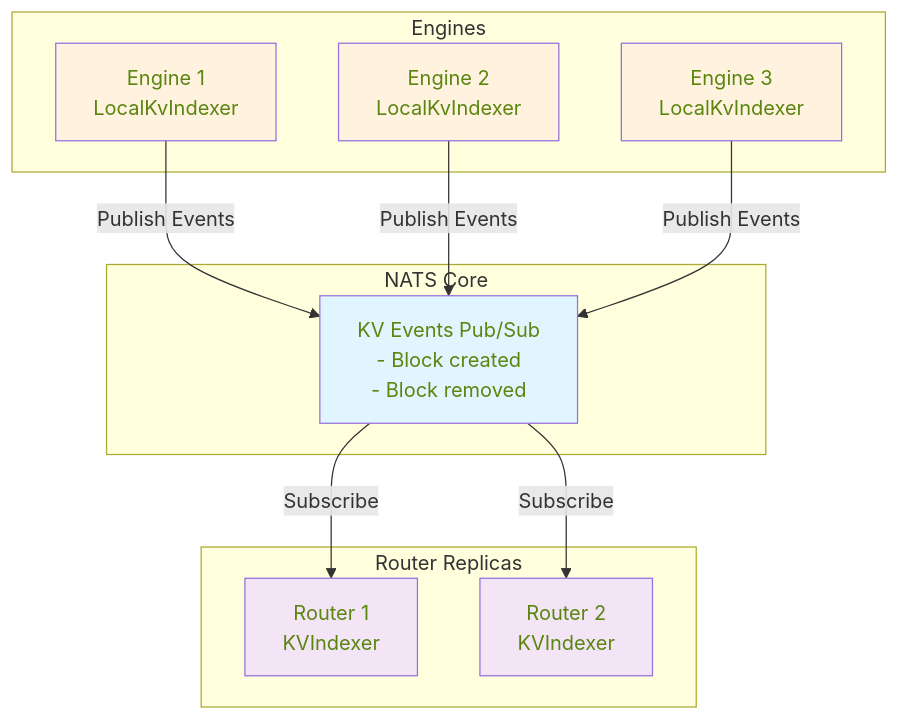
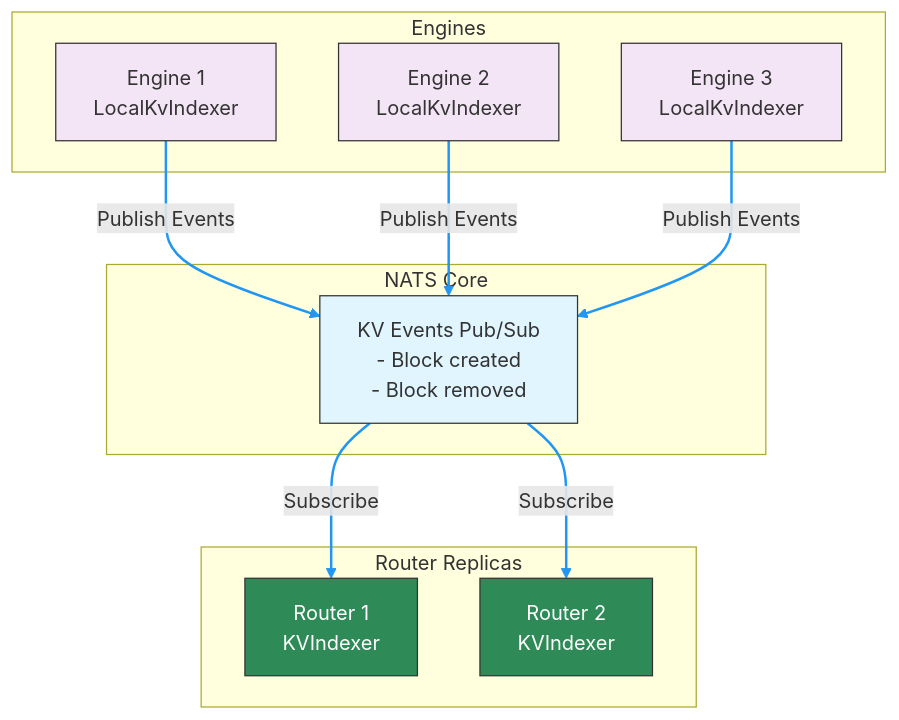
Before and after one commit to wxsms/dynamo: the third of 5 diagrams in docs/router/kv_cache_routing.md, drawn with Mermaid. The commit also changed other lines of this file and 1 other file, not shown here.

Commit message:
docs: router cost function mermaid (#4943)

````diff
--- a/docs/router/kv_cache_routing.md
+++ b/docs/router/kv_cache_routing.md
@@ -173,31 +212,33 @@
 ```mermaid
 graph TD
     subgraph Engines
         E1[Engine 1<br/>LocalKvIndexer]
         E2[Engine 2<br/>LocalKvIndexer]
         E3[Engine 3<br/>LocalKvIndexer]
     end
 
     subgraph "NATS Core"
         NC[KV Events Pub/Sub<br/>- Block created<br/>- Block removed]
     end
 
     subgraph "Router Replicas"
         R1[Router 1<br/>KVIndexer]
         R2[Router 2<br/>KVIndexer]
     end
 
     E1 -->|Publish Events| NC
     E2 -->|Publish Events| NC
     E3 -->|Publish Events| NC
 
     NC -->|Subscribe| R1
     NC -->|Subscribe| R2
 
-    style NC fill:#e1f5fe,color:#5a850f
-    style E1 fill:#fff3e0,color:#5a850f
-    style E2 fill:#fff3e0,color:#5a850f
-    style E3 fill:#fff3e0,color:#5a850f
-    style R1 fill:#f3e5f5,color:#5a850f
-    style R2 fill:#f3e5f5,color:#5a850f
+    style NC fill:#e1f5fe,stroke:#333,color:#333
+    style E1 fill:#f3e5f5,stroke:#333,color:#333
+    style E2 fill:#f3e5f5,stroke:#333,color:#333
+    style E3 fill:#f3e5f5,stroke:#333,color:#333
+    style R1 fill:#2e8b57,stroke:#333,color:#fff
+    style R2 fill:#2e8b57,stroke:#333,color:#fff
+
+    linkStyle 0,1,2,3,4 stroke:#2196f3,stroke-width:2px
 ```
````
